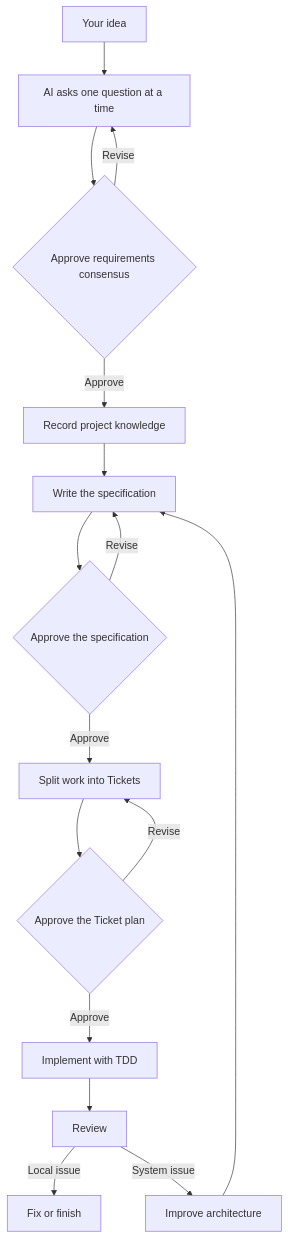
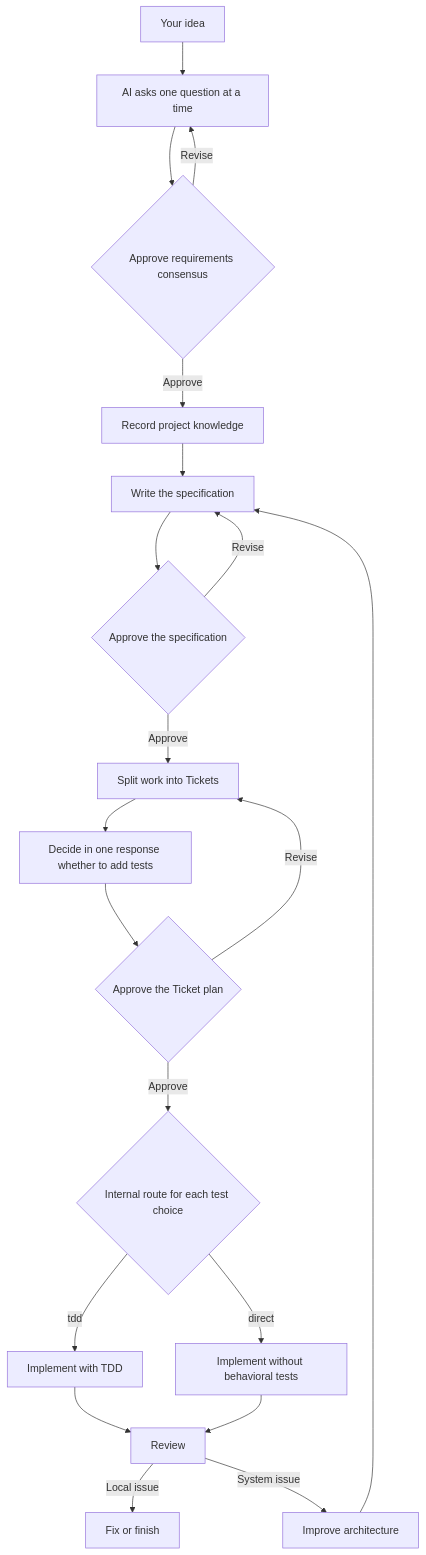
The diagram in docs/guides/getting-started-simple.en.md (Mysterio1001/Ask-Then-Do-It), drawn with Mermaid before and after one commit. The commit also changed other lines of this file and 94 other files, not shown here.

````diff
--- a/docs/guides/getting-started-simple.en.md
+++ b/docs/guides/getting-started-simple.en.md
@@ -15,18 +15,22 @@
 ```mermaid
 flowchart TD
     A["Your idea"] --> B["AI asks one question at a time"]
     B --> C{"Approve requirements consensus"}
     C -->|Revise| B
     C -->|Approve| D["Record project knowledge"]
     D --> E["Write the specification"]
     E --> F{"Approve the specification"}
     F -->|Revise| E
     F -->|Approve| G["Split work into Tickets"]
-    G --> H{"Approve the Ticket plan"}
-    H -->|Revise| G
-    H -->|Approve| I["Implement with TDD"]
-    I --> J["Review"]
-    J -->|Local issue| K["Fix or finish"]
-    J -->|System issue| L["Improve architecture"]
-    L --> E
+    G --> H["Decide in one response whether to add tests"]
+    H --> I{"Approve the Ticket plan"}
+    I -->|Revise| G
+    I -->|Approve| J{"Internal route for each test choice"}
+    J -->|tdd| K["Implement with TDD"]
+    J -->|direct| L["Implement without behavioral tests"]
+    K --> M["Review"]
+    L --> M
+    M -->|Local issue| N["Fix or finish"]
+    M -->|System issue| O["Improve architecture"]
+    O --> E
 ```
````
